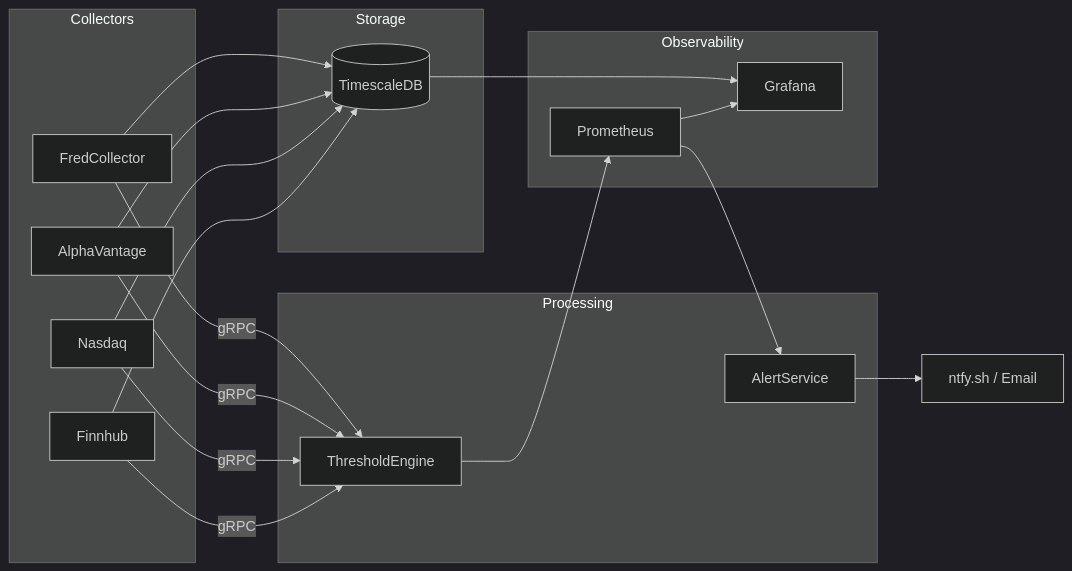
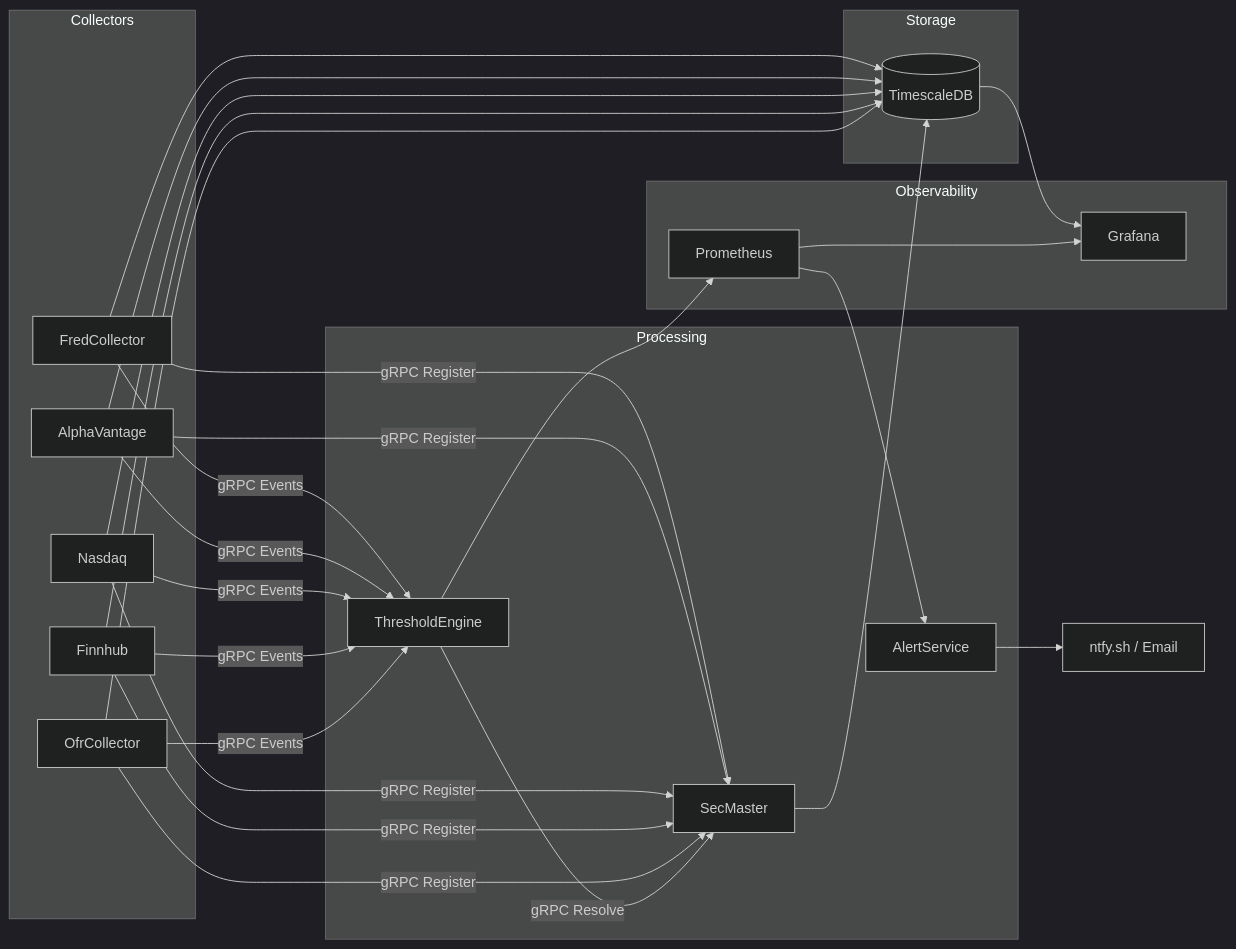
The diagram in docs/EXECUTIVE-SUMMARY.md (jpansarasa/ATLAS-Docs), drawn with Mermaid (dark theme) before and after one commit. The commit also changed other lines of this file and 24 other files, not shown here.

````diff
--- a/docs/EXECUTIVE-SUMMARY.md
+++ b/docs/EXECUTIVE-SUMMARY.md
@@ -12,30 +12,35 @@
 ```mermaid
 flowchart LR
     subgraph Collectors
         FC[FredCollector]
         AV[AlphaVantage]
         NC[Nasdaq]
         FH[Finnhub]
+        OFR[OfrCollector]
     end
 
     subgraph Processing
+        SM[SecMaster]
         TE[ThresholdEngine]
         AS[AlertService]
     end
 
     subgraph Storage
         DB[(TimescaleDB)]
     end
 
     subgraph Observability
         P[Prometheus]
         G[Grafana]
     end
 
-    FC & AV & NC & FH -->|gRPC| TE
-    FC & AV & NC & FH --> DB
+    FC & AV & NC & FH & OFR -->|gRPC Events| TE
+    FC & AV & NC & FH & OFR -->|gRPC Register| SM
+    FC & AV & NC & FH & OFR --> DB
+    TE -->|gRPC Resolve| SM
     TE --> P
     P --> AS
     AS --> N[ntfy.sh / Email]
     DB & P --> G
+    SM --> DB
 ```
````
